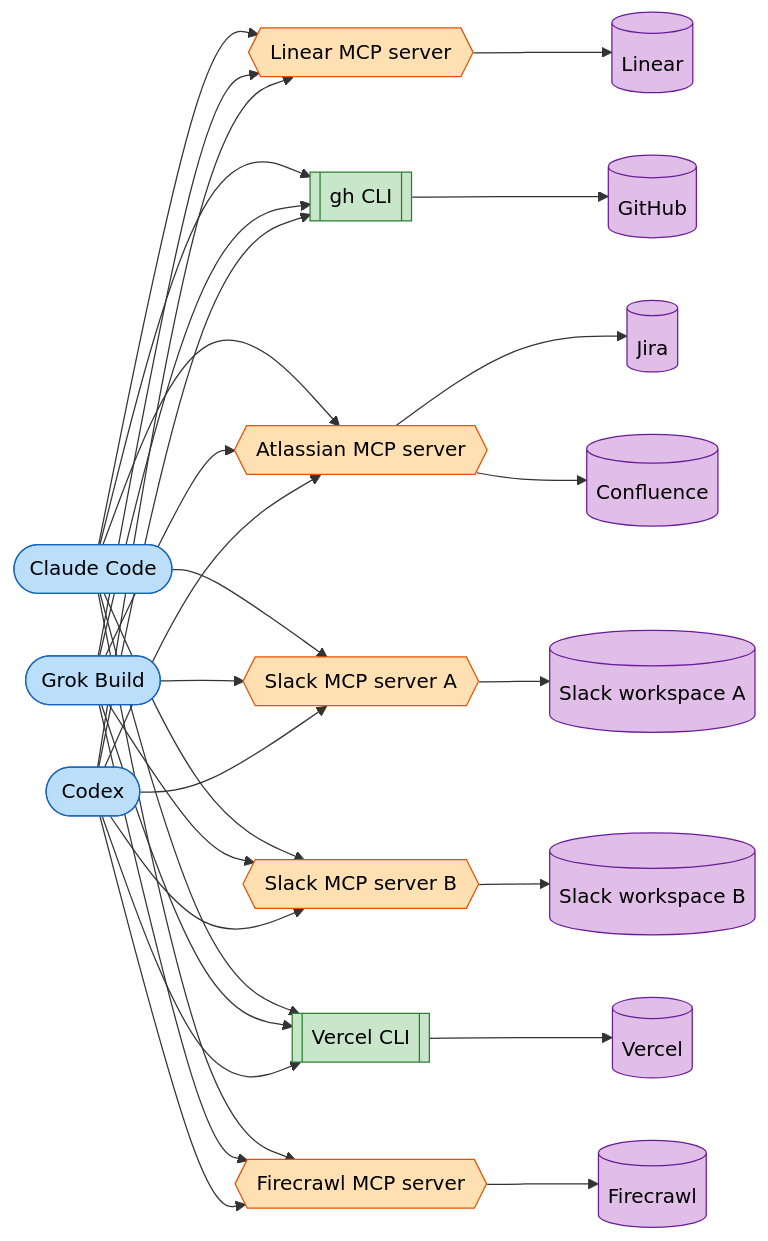
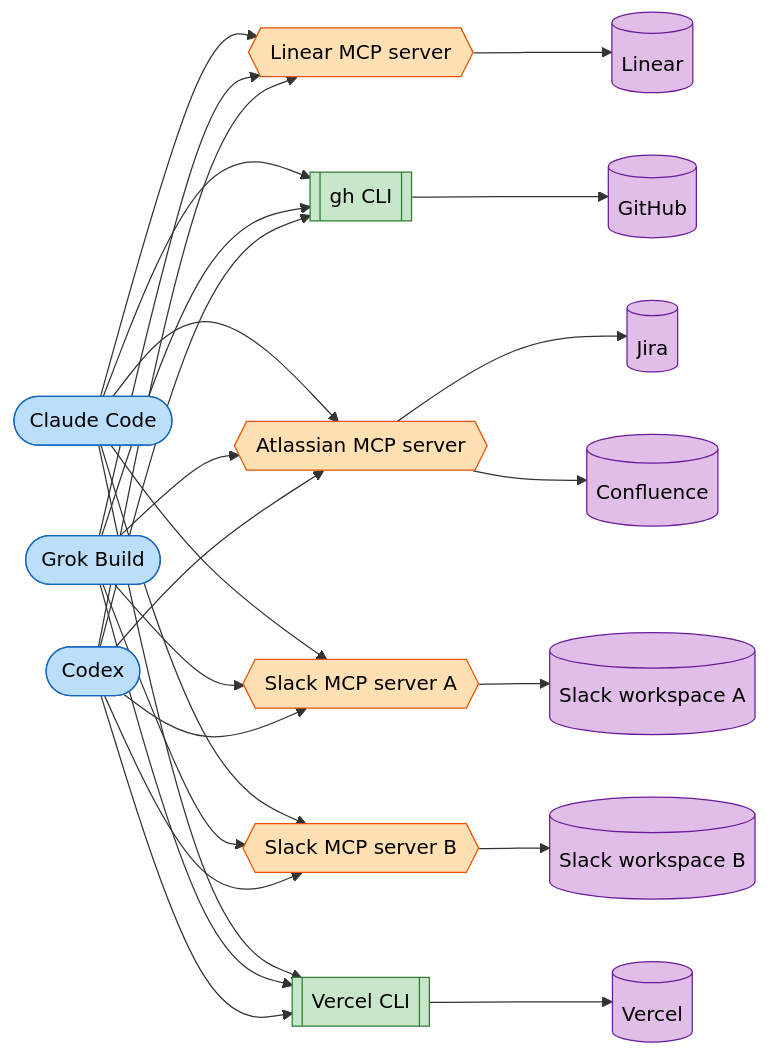
One commit to alephic-ai/foac changed the first of 2 diagrams in README.md. Above: the diagram before and after it, drawn with Mermaid. The commit also changed other lines of this file and 1 other file, not shown here.

Commit message:
docs(readme): keep the two overview diagrams at a fixed provider set
The "with foac" and "without foac" mermaid diagrams illustrate the idea
with a fixed set of providers; adding every new provider to them makes
them unreadable. Drop Firecrawl from both, restore the integration
count, and change the adding-a-provider recipe so README only gets the
intro list and the provider table row from now on.

````diff
--- a/README.md
+++ b/README.md
@@ -48,21 +48,20 @@
 ```mermaid
 graph LR
-    CC([Claude Code]) --> LMCP & GHCLI & AMCP & SLMCPA & SLMCPB & VCLI & FMCP
-    GRK([Grok Build]) --> LMCP & GHCLI & AMCP & SLMCPA & SLMCPB & VCLI & FMCP
-    CX([Codex]) --> LMCP & GHCLI & AMCP & SLMCPA & SLMCPB & VCLI & FMCP
+    CC([Claude Code]) --> LMCP & GHCLI & AMCP & SLMCPA & SLMCPB & VCLI
+    GRK([Grok Build]) --> LMCP & GHCLI & AMCP & SLMCPA & SLMCPB & VCLI
+    CX([Codex]) --> LMCP & GHCLI & AMCP & SLMCPA & SLMCPB & VCLI
     LMCP{{Linear MCP server}} --> Linear[(Linear)]
     GHCLI[[gh CLI]] --> GitHub[(GitHub)]
     AMCP{{Atlassian MCP server}} --> Jira[(Jira)] & Confluence[(Confluence)]
     SLMCPA{{Slack MCP server A}} --> SlackA[(Slack workspace A)]
     SLMCPB{{Slack MCP server B}} --> SlackB[(Slack workspace B)]
     VCLI[[Vercel CLI]] --> Vercel[(Vercel)]
-    FMCP{{Firecrawl MCP server}} --> Firecrawl[(Firecrawl)]
     classDef harness fill:#bbdefb,stroke:#1565c0,color:#000
     classDef mcp fill:#ffe0b2,stroke:#e65100,color:#000
     classDef cli fill:#c8e6c9,stroke:#2e7d32,color:#000
     classDef provider fill:#e1bee7,stroke:#6a1b9a,color:#000
     class CC,GRK,CX harness
-    class LMCP,AMCP,SLMCPA,SLMCPB,FMCP mcp
+    class LMCP,AMCP,SLMCPA,SLMCPB mcp
     class GHCLI,VCLI cli
-    class Linear,GitHub,Jira,Confluence,SlackA,SlackB,Vercel,Firecrawl provider
+    class Linear,GitHub,Jira,Confluence,SlackA,SlackB,Vercel provider
 ```
````
